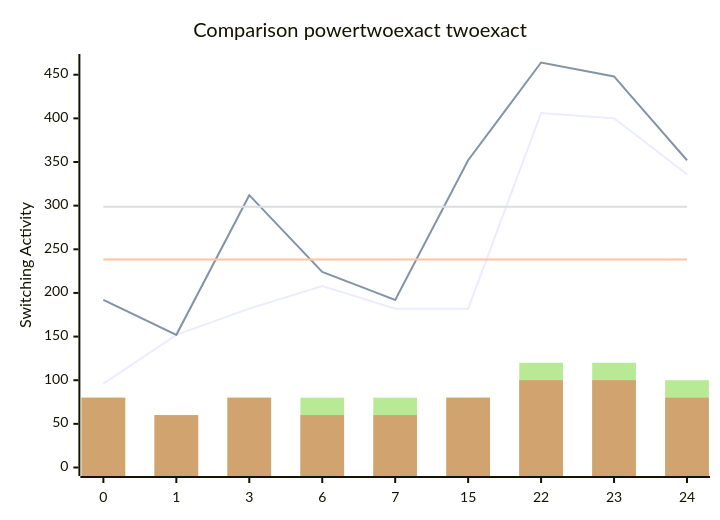
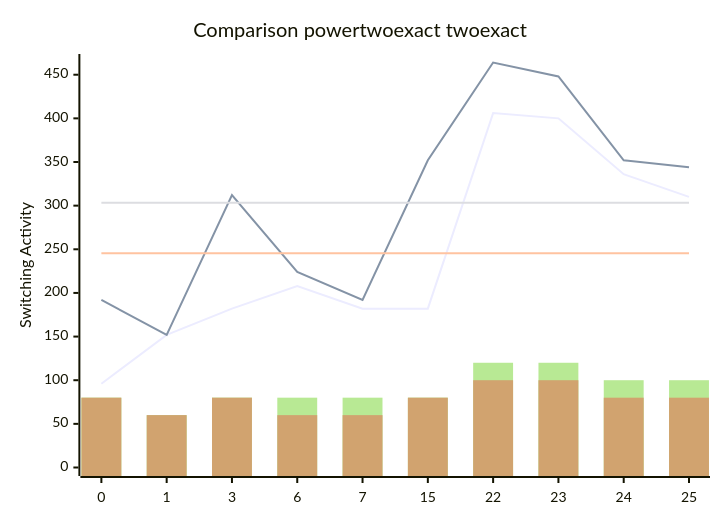
One commit to FeldmeierMichael/Exact-Power-Synthesis changed the diagram in benchmark.md. Above: the diagram before and after it, drawn with Mermaid. The commit also changed other lines of this file and 2 other files, not shown here.

````diff
--- a/benchmark.md
+++ b/benchmark.md
@@ -23,12 +25,12 @@
 ```mermaid
 xychart-beta
     title "Comparison powertwoexact twoexact"
-    x-axis [0, 1, 3, 6, 7, 15, 22, 23, 24]
+    x-axis [0, 1, 3, 6, 7, 15, 22, 23, 24, 25]
     y-axis "Switching Activity" 0-->464
-    line [96, 152, 182, 208, 182, 182, 406, 400, 336]
-    line [192, 152, 312, 224, 192, 352, 464, 448, 352]
-    line [238.22222222222223, 238.22222222222223, 238.22222222222223, 238.22222222222223, 238.22222222222223, 238.22222222222223, 238.22222222222223, 238.22222222222223, 238.22222222222223]
-    line [298.6666666666667, 298.6666666666667, 298.6666666666667, 298.6666666666667, 298.6666666666667, 298.6666666666667, 298.6666666666667, 298.6666666666667, 298.6666666666667]
-    bar [80, 60, 80, 80, 80, 80, 120, 120, 100]
-    bar [80, 60, 80, 60, 60, 80, 100, 100, 80]
+    line [96, 152, 182, 208, 182, 182, 406, 400, 336, 310]
+    line [192, 152, 312, 224, 192, 352, 464, 448, 352, 344]
+    line [245.4, 245.4, 245.4, 245.4, 245.4, 245.4, 245.4, 245.4, 245.4, 245.4]
+    line [303.2, 303.2, 303.2, 303.2, 303.2, 303.2, 303.2, 303.2, 303.2, 303.2]
+    bar [80, 60, 80, 80, 80, 80, 120, 120, 100, 100]
+    bar [80, 60, 80, 60, 60, 80, 100, 100, 80, 80]
 ```
````
